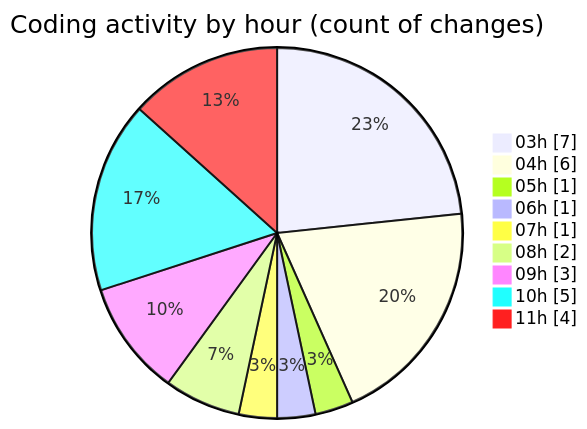
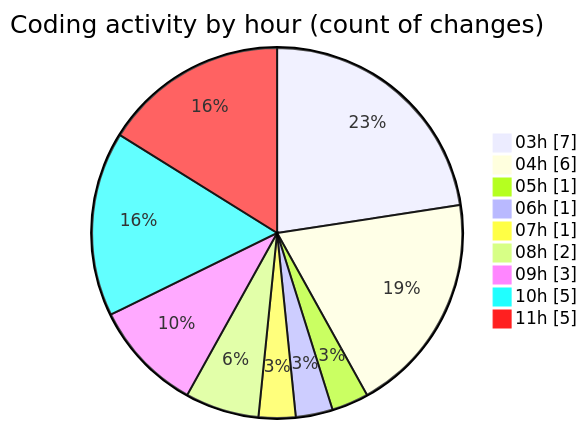
One commit to FelipKnott/code-tracking changed the second of 2 diagrams in 2025-07-02/cursor/README.md. Above: the diagram before and after it, drawn with Mermaid. The commit also changed other lines of this file and 1 other file, not shown here.

````diff
--- a/2025-07-02/cursor/README.md
+++ b/2025-07-02/cursor/README.md
@@ -31,13 +31,13 @@
 ```mermaid
 pie showData
 title Coding activity by hour (count of changes)
 "03h" : 7
 "04h" : 6
 "05h" : 1
 "06h" : 1
 "07h" : 1
 "08h" : 2
 "09h" : 3
 "10h" : 5
-"11h" : 4
+"11h" : 5
 ```
````
